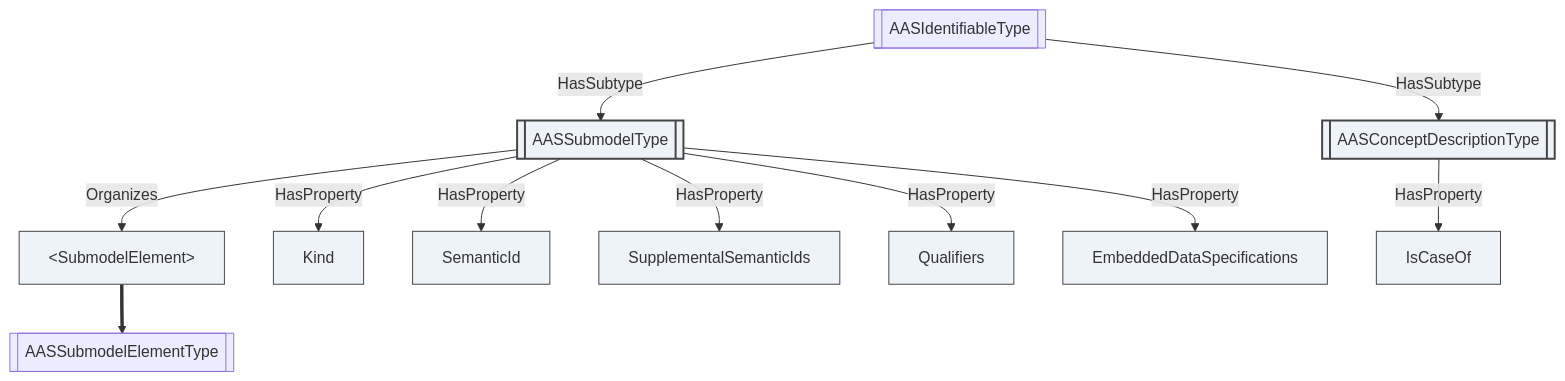
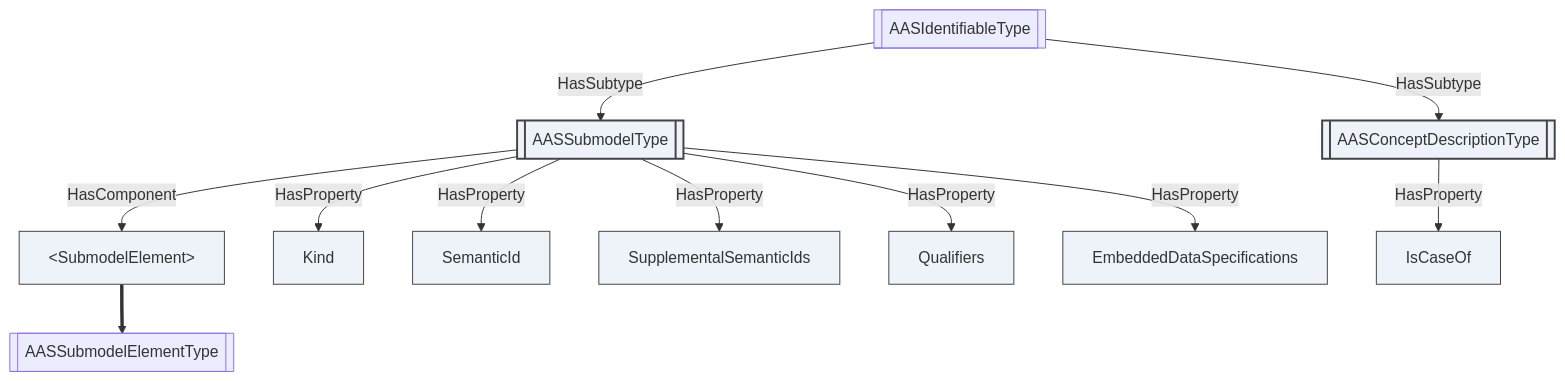
Before and after one commit to marcschier/opcua-drafts: the sixth of 15 diagrams in companion-specs/AAS/OPC-UA-AAS.md, drawn with Mermaid. The commit also changed other lines of this file and 307 other files, not shown here.

````diff
--- a/companion-specs/AAS/OPC-UA-AAS.md
+++ b/companion-specs/AAS/OPC-UA-AAS.md
@@ -632,30 +680,30 @@
 ```mermaid
 flowchart TD
   IDF[[AASIdentifiableType]]:::objecttype,abstract
   SM[[AASSubmodelType]]:::objecttype
   CD[[AASConceptDescriptionType]]:::objecttype
   SE[&lt;SubmodelElement&gt;]:::object
   SET[[AASSubmodelElementType]]:::objecttype,abstract
   KIN[Kind]:::variable
   SID[SemanticId]:::variable
   SSI[SupplementalSemanticIds]:::variable
   QLF[Qualifiers]:::variable
   EDS[EmbeddedDataSpecifications]:::variable
   ICO[IsCaseOf]:::variable
 
   IDF -->|HasSubtype| SM
   IDF -->|HasSubtype| CD
-  SM -->|Organizes| SE
+  SM -->|HasComponent| SE
   SE ==> SET
   SM -->|HasProperty| KIN
   SM -->|HasProperty| SID
   SM -->|HasProperty| SSI
   SM -->|HasProperty| QLF
   SM -->|HasProperty| EDS
   CD -->|HasProperty| ICO
 
   classDef object fill:#eef3fa,stroke:#444
   classDef variable fill:#eef3fa,stroke:#444
   classDef objecttype fill:#eef3fa,stroke:#444,stroke-width:2px
   classDef abstract fill:#eef3fa,stroke:#444,stroke-width:2px,font-style:italic
 ```
````
